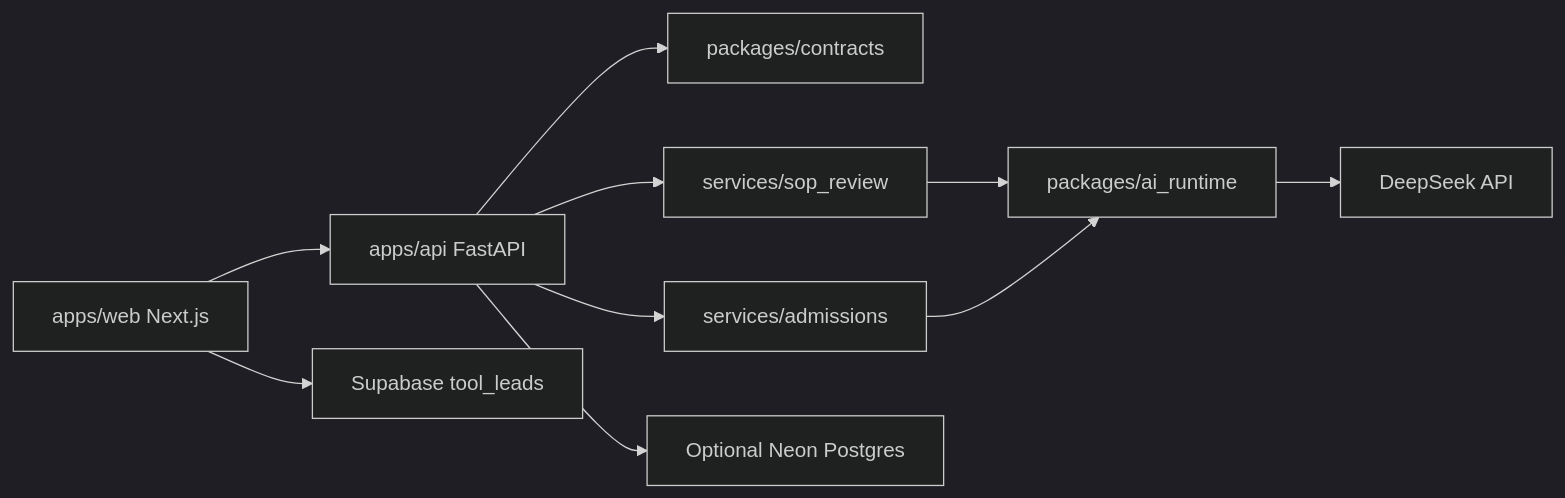
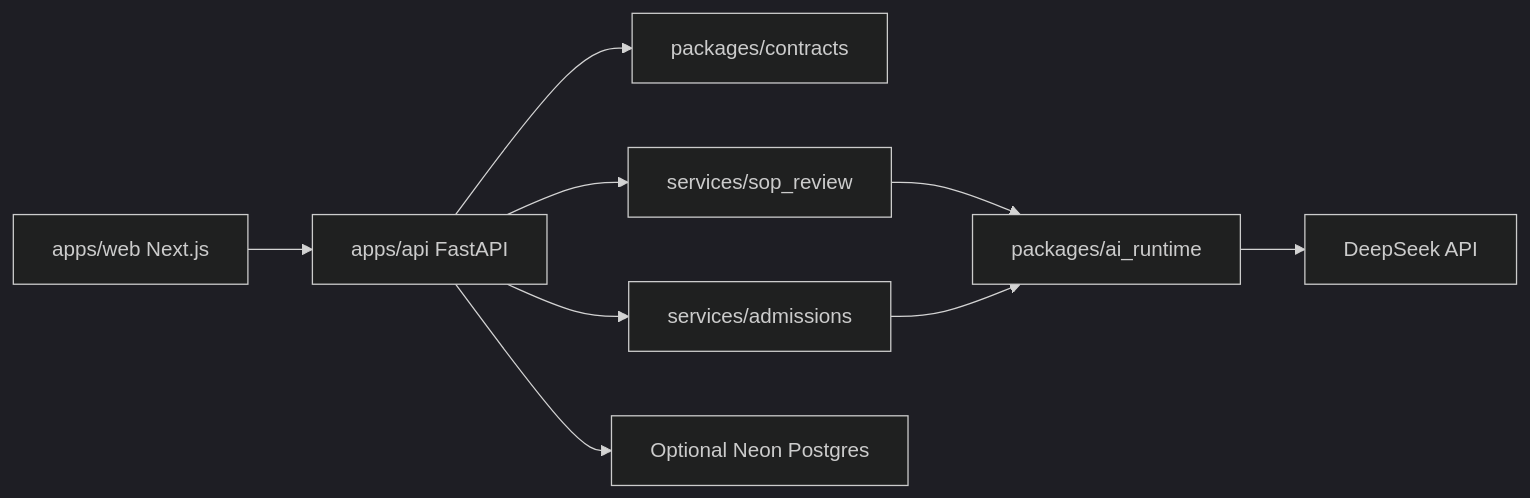
One commit to nitishmalpotra/study_abroad_platform changed the diagram in docs/architecture.md. Above: the diagram before and after it, drawn with Mermaid (dark theme). The commit also changed other lines of this file and 24 other files, not shown here.

````diff
--- a/docs/architecture.md
+++ b/docs/architecture.md
@@ -7,12 +7,11 @@
 ```mermaid
 flowchart LR
   Web["apps/web Next.js"] --> API["apps/api FastAPI"]
-  Web --> Leads["Supabase tool_leads"]
   API --> Contracts["packages/contracts"]
   API --> SOP["services/sop_review"]
   API --> Admissions["services/admissions"]
   SOP --> Runtime["packages/ai_runtime"]
   Admissions --> Runtime
   Runtime --> DeepSeek["DeepSeek API"]
   API --> Postgres["Optional Neon Postgres"]
 ```
````
